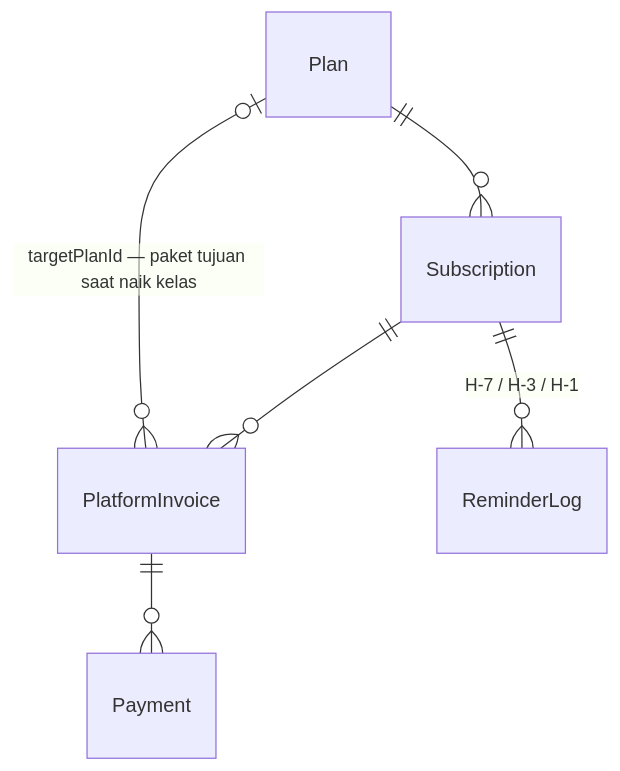
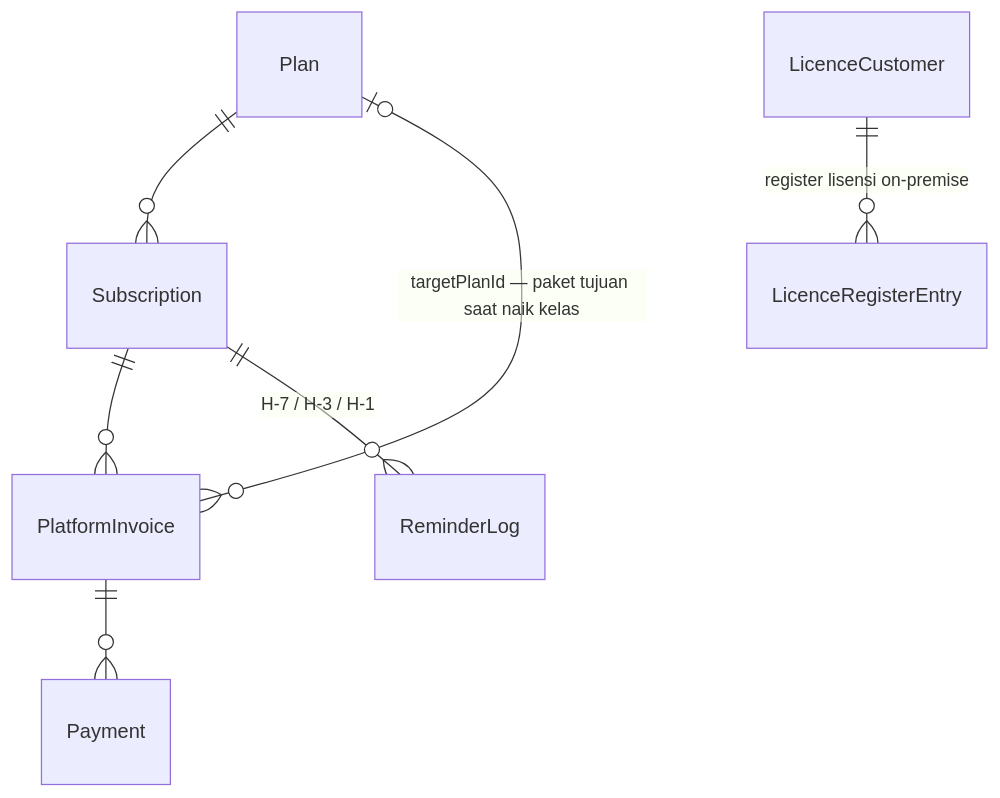
Before and after one commit to tri-evendi/sai-accounting: the third of 18 diagrams in docs/arsitektur/04-ALIRAN-DATA.md, drawn with Mermaid. The commit also changed other lines of this file and 16 other files, not shown here.

````diff
--- a/docs/arsitektur/04-ALIRAN-DATA.md
+++ b/docs/arsitektur/04-ALIRAN-DATA.md
@@ -94,8 +102,9 @@
 ```mermaid
 erDiagram
     Plan ||--o{ Subscription : ""
     Subscription ||--o{ PlatformInvoice : ""
     Plan |o--o{ PlatformInvoice : "targetPlanId — paket tujuan saat naik kelas"
     PlatformInvoice ||--o{ Payment : ""
     Subscription ||--o{ ReminderLog : "H-7 / H-3 / H-1"
+    LicenceCustomer ||--o{ LicenceRegisterEntry : "register lisensi on-premise"
 ```
````
